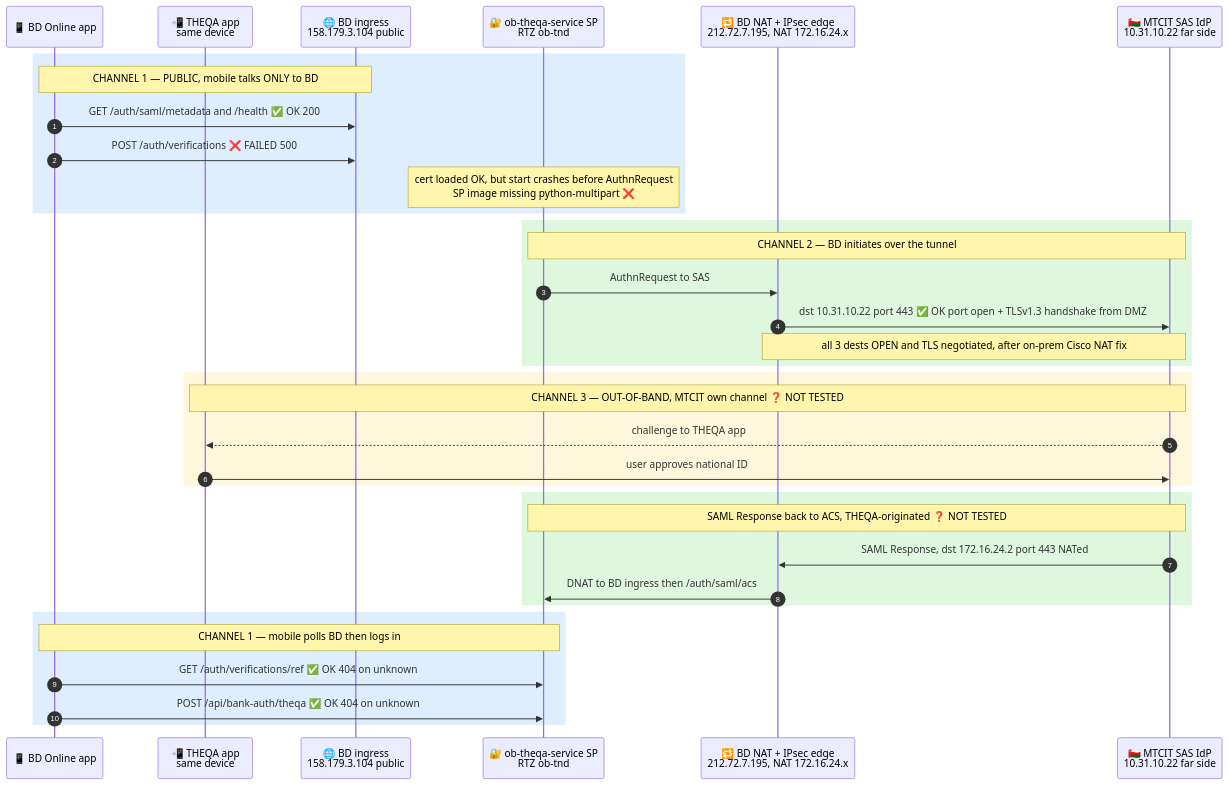
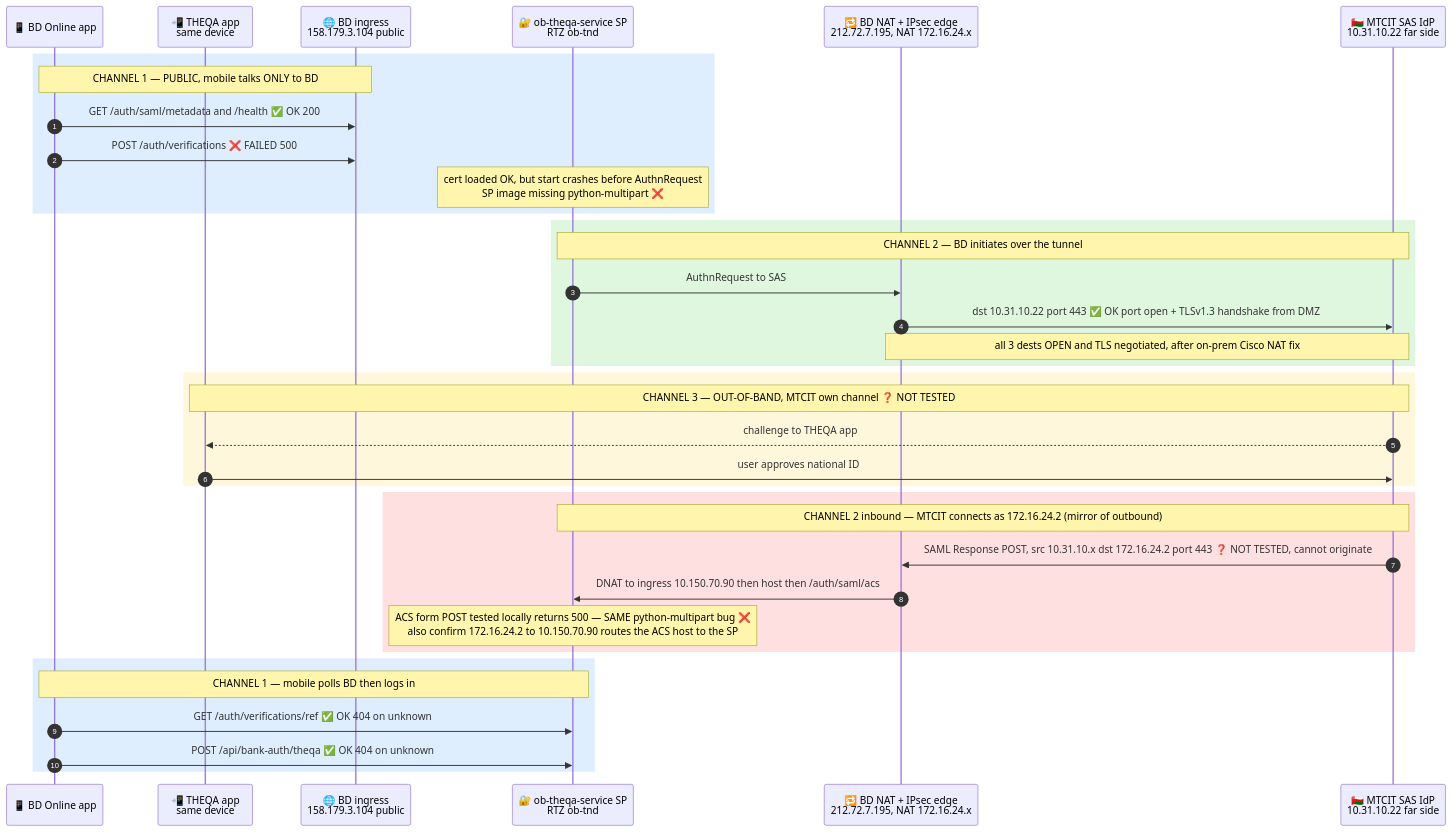
The first of 2 diagrams in theqa-integration-artifacts/THEQA_Traffic_Flow.md (alierenbaysal/open-banking-mobile-v2), drawn with Mermaid before and after one commit. The commit also changed other lines of this file, not shown here.

Commit message:
docs(theqa): update diagrams — outbound OK (open+TLS), topology shows OCI->DRG->FastConnect->Cisco->tunnel, inbound mirror via 172.16.24.2, and ACS POST also 500s on python-multipart (#15)

````diff
--- a/theqa-integration-artifacts/THEQA_Traffic_Flow.md
+++ b/theqa-integration-artifacts/THEQA_Traffic_Flow.md
@@ -28,42 +28,43 @@
 ```mermaid
 sequenceDiagram
     autonumber
     participant App as 📱 BD Online app
     participant THQ as 📲 THEQA app<br>same device
     participant ING as 🌐 BD ingress<br>158.179.3.104 public
     participant SP as 🔐 ob-theqa-service SP<br>RTZ ob-tnd
     participant NAT as 🔁 BD NAT + IPsec edge<br>212.72.7.195, NAT 172.16.24.x
     participant IDP as 🇴🇲 MTCIT SAS IdP<br>10.31.10.22 far side
 
     rect rgb(223,238,255)
     Note over App,ING: CHANNEL 1 — PUBLIC, mobile talks ONLY to BD
     App->>ING: GET /auth/saml/metadata and /health  ✅ OK 200
     App->>ING: POST /auth/verifications  ❌ FAILED 500
     Note over SP: cert loaded OK, but start crashes before AuthnRequest<br>SP image missing python-multipart ❌
     end
 
     rect rgb(223,247,223)
     Note over SP,IDP: CHANNEL 2 — BD initiates over the tunnel
     SP->>NAT: AuthnRequest to SAS
     NAT->>IDP: dst 10.31.10.22 port 443  ✅ OK port open + TLSv1.3 handshake from DMZ
     Note over NAT,IDP: all 3 dests OPEN and TLS negotiated, after on-prem Cisco NAT fix
     end
 
     rect rgb(255,247,219)
     Note over THQ,IDP: CHANNEL 3 — OUT-OF-BAND, MTCIT own channel  ❓ NOT TESTED
     IDP-->>THQ: challenge to THEQA app
     THQ->>IDP: user approves national ID
     end
 
-    rect rgb(223,247,223)
-    Note over IDP,SP: SAML Response back to ACS, THEQA-originated  ❓ NOT TESTED
-    IDP->>NAT: SAML Response, dst 172.16.24.2 port 443 NATed
-    NAT->>SP: DNAT to BD ingress then /auth/saml/acs
+    rect rgb(255,224,224)
+    Note over IDP,SP: CHANNEL 2 inbound — MTCIT connects as 172.16.24.2 (mirror of outbound)
+    IDP->>NAT: SAML Response POST, src 10.31.10.x dst 172.16.24.2 port 443  ❓ NOT TESTED, cannot originate
+    NAT->>SP: DNAT to ingress 10.150.70.90 then host then /auth/saml/acs
+    Note over SP: ACS form POST tested locally returns 500 — SAME python-multipart bug ❌<br>also confirm 172.16.24.2 to 10.150.70.90 routes the ACS host to the SP
     end
 
     rect rgb(223,238,255)
     Note over App,SP: CHANNEL 1 — mobile polls BD then logs in
     App->>SP: GET /auth/verifications/ref  ✅ OK 404 on unknown
     App->>SP: POST /api/bank-auth/theqa  ✅ OK 404 on unknown
     end
 ```
````
